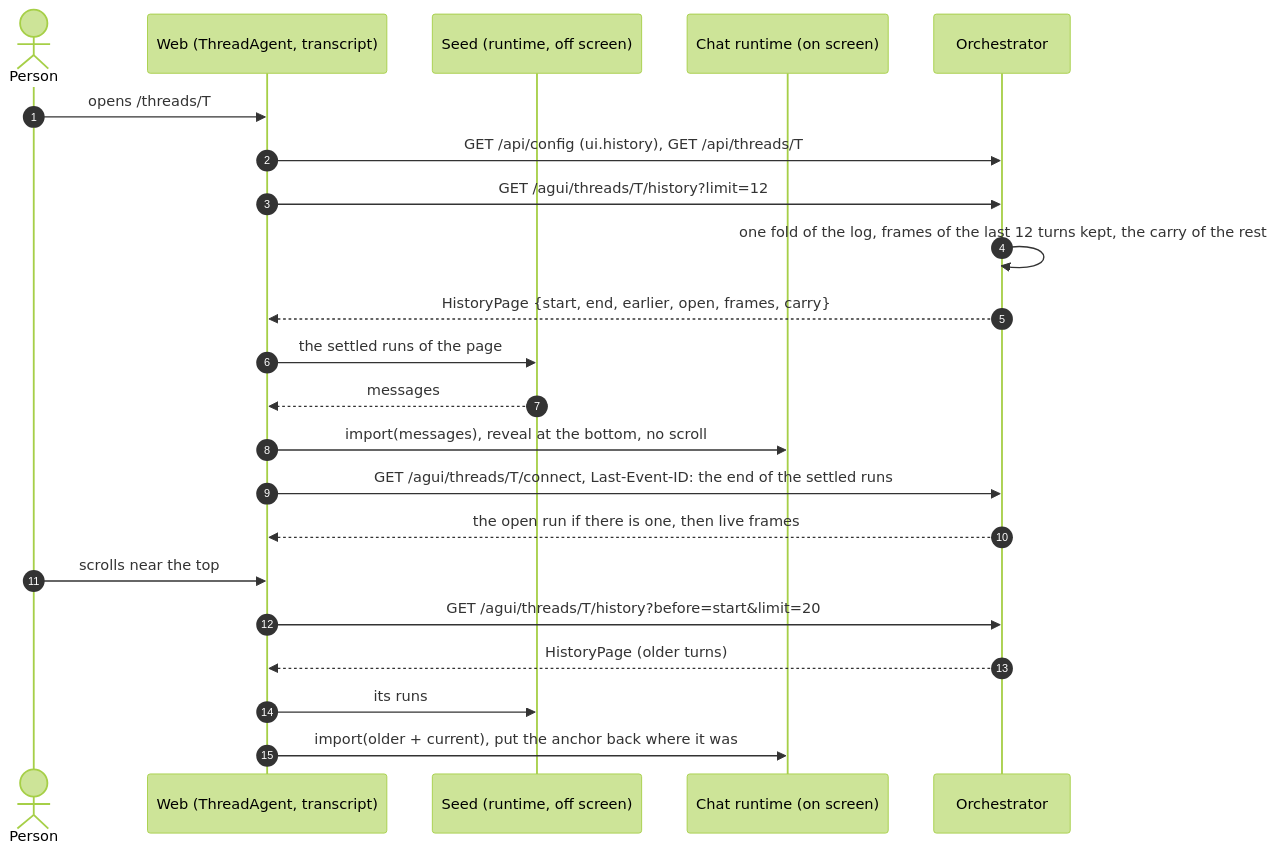
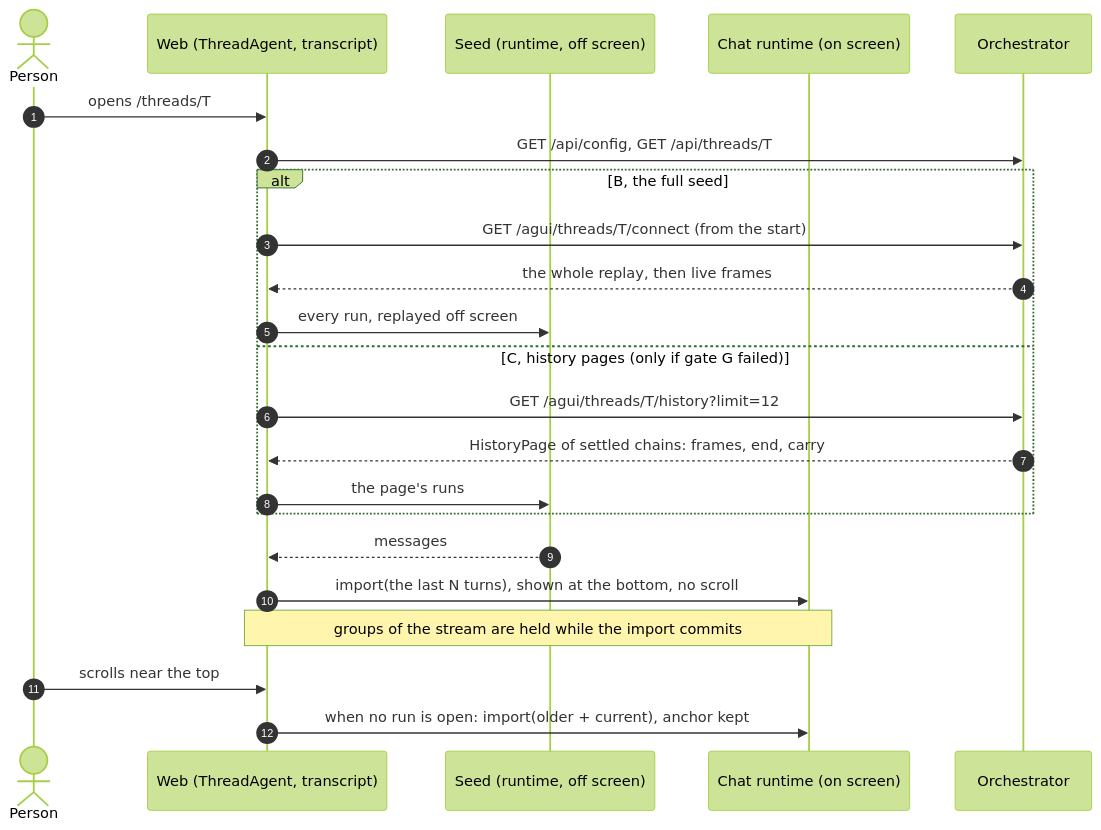
Before and after one commit to vymalo/another-agentic-system: the first of 2 diagrams in docs/decisions/0059-a-thread-opens-at-its-end-and-older-turns-load-on-scroll-up.md, drawn with Mermaid (forest theme). The commit also changed other lines of this file and 7 other files, not shown here.

````diff
--- a/docs/decisions/0059-a-thread-opens-at-its-end-and-older-turns-load-on-scroll-up.md
+++ b/docs/decisions/0059-a-thread-opens-at-its-end-and-older-turns-load-on-scroll-up.md
@@ -55,24 +146,25 @@
 ```mermaid
 sequenceDiagram
   autonumber
   actor P as Person
   participant W as Web (ThreadAgent, transcript)
   participant S as Seed (runtime, off screen)
   participant R as Chat runtime (on screen)
   participant O as Orchestrator
   P->>W: opens /threads/T
-  W->>O: GET /api/config (ui.history), GET /api/threads/T
-  W->>O: GET /agui/threads/T/history?limit=12
-  O->>O: one fold of the log, frames of the last 12 turns kept, the carry of the rest
-  O-->>W: HistoryPage {start, end, earlier, open, frames, carry}
-  W->>S: the settled runs of the page
+  W->>O: GET /api/config, GET /api/threads/T
+  alt B, the full seed
+    W->>O: GET /agui/threads/T/connect (from the start)
+    O-->>W: the whole replay, then live frames
+    W->>S: every run, replayed off screen
+  else C, history pages (only if gate G failed)
+    W->>O: GET /agui/threads/T/history?limit=12
+    O-->>W: HistoryPage of settled chains: frames, end, carry
+    W->>S: the page's runs
+  end
   S-->>W: messages
-  W->>R: import(messages), reveal at the bottom, no scroll
-  W->>O: GET /agui/threads/T/connect, Last-Event-ID: the end of the settled runs
-  O-->>W: the open run if there is one, then live frames
+  W->>R: import(the last N turns), shown at the bottom, no scroll
+  Note over W,R: groups of the stream are held while the import commits
   P->>W: scrolls near the top
-  W->>O: GET /agui/threads/T/history?before=start&limit=20
-  O-->>W: HistoryPage (older turns)
-  W->>S: its runs
-  W->>R: import(older + current), put the anchor back where it was
+  W->>R: when no run is open: import(older + current), anchor kept
 ```
````
